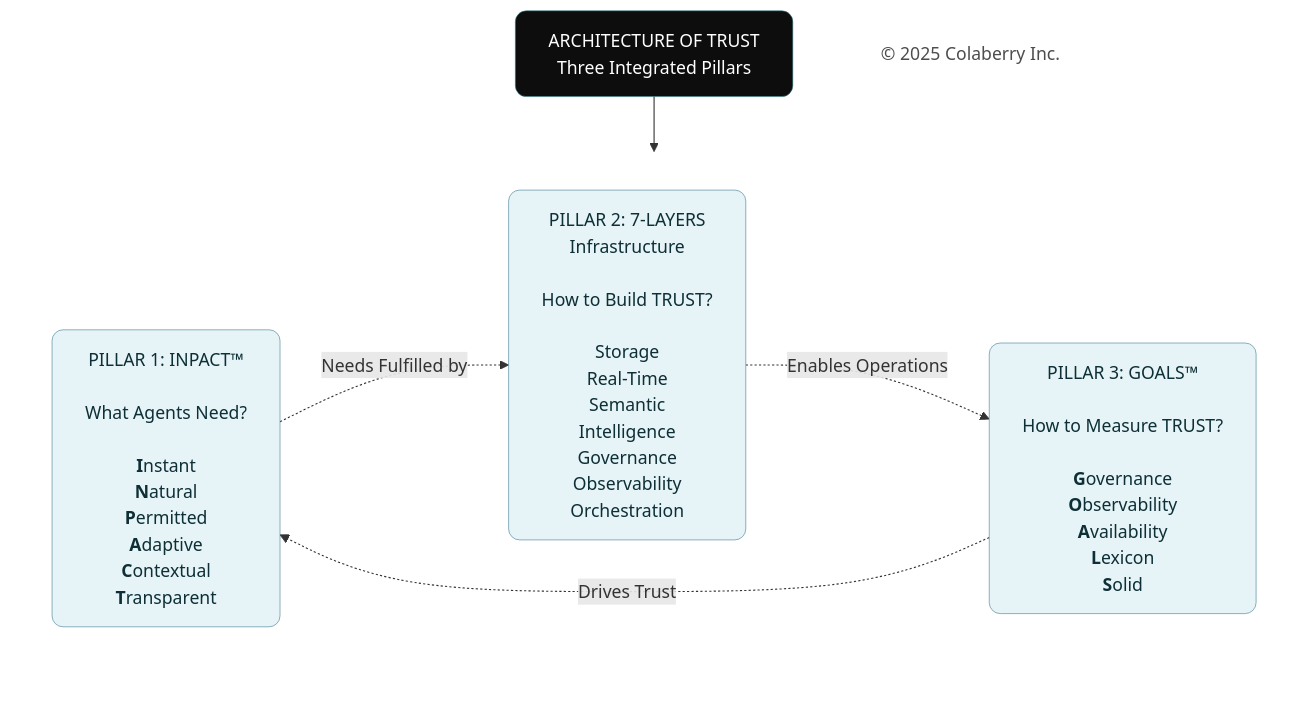
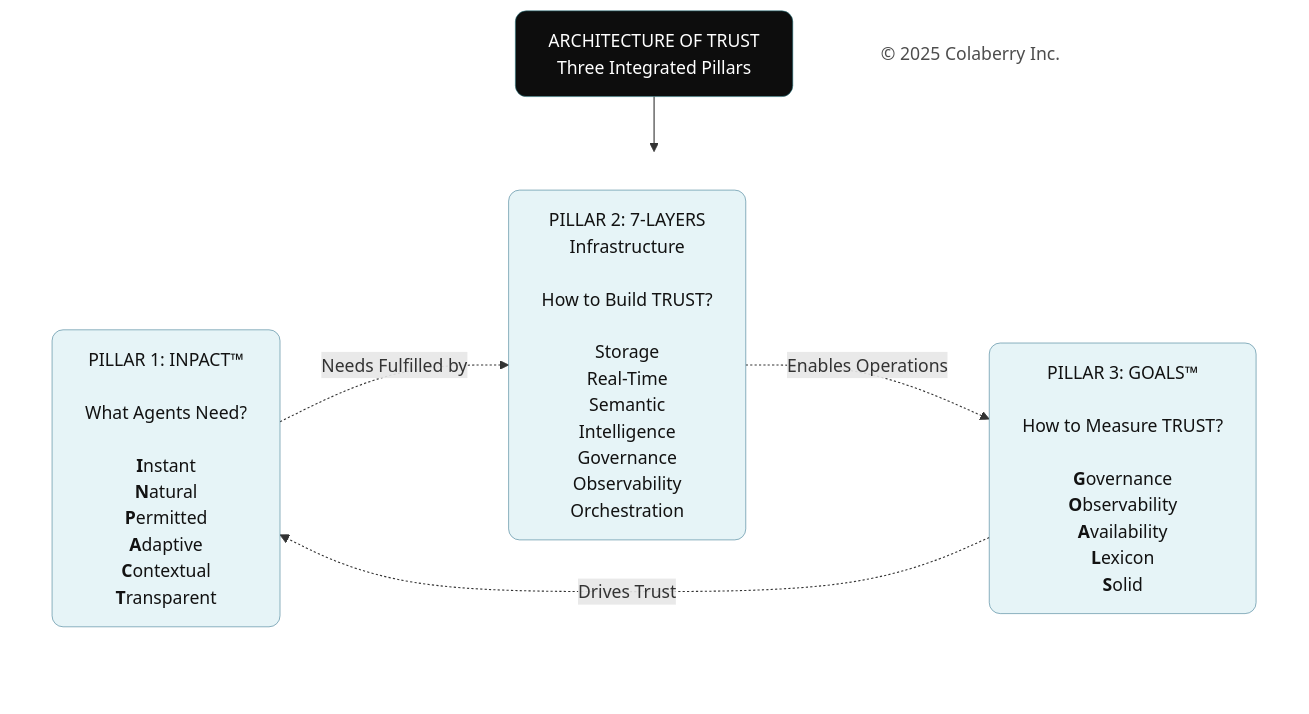
Before and after one commit to saitejesh-cyber/trust-before-intelligence-book: the fourth of 4 diagrams in manuscript/01_chapter_0_trust_before_intelligence.md, drawn with Mermaid. The commit also changed other lines of this file and 12 other files, not shown here.

````diff
--- a/manuscript/01_chapter_0_trust_before_intelligence.md
+++ b/manuscript/01_chapter_0_trust_before_intelligence.md
@@ -293,29 +293,29 @@
 ```mermaid
 graph TB
     Title["ARCHITECTURE OF TRUST<br/>Three Integrated Pillars"]
     
     subgraph PILLARS[" "]
         direction LR
         INPACT["PILLAR 1: INPACT™<br/><br/>What Agents Need?<br/><br/><b>I</b>nstant<br/><b>N</b>atural<br/><b>P</b>ermitted<br/><b>A</b>daptive<br/><b>C</b>ontextual<br/><b>T</b>ransparent"]
         
         Layers["PILLAR 2: 7-LAYERS<br/>Infrastructure<br/><br/>How to Build TRUST?<br/><br/>Storage<br/>Real-Time<br/>Semantic<br/>Intelligence<br/>Governance<br/>Observability<br/>Orchestration"]
         
         GOALS["PILLAR 3: GOALS™<br/><br/>How to Measure TRUST?<br/><br/><b>G</b>overnance<br/><b>O</b>bservability<br/><b>A</b>vailability<br/><b>L</b>exicon<br/><b>S</b>olid"]
     end
     
     Copyright["© 2025 Colaberry Inc."]
     
     Title --> PILLARS
     
     INPACT -.->|"Needs Fulfilled by"| Layers
     Layers -.->|"Enables Operations"| GOALS
     GOALS -.->|"Drives Trust"| INPACT
     
     style Title fill:#0D0D0D,color:#FFFFFF,stroke:#30838C,stroke-width:0.5px,rx:10,ry:10
     style PILLARS fill:none,stroke:none
-    style INPACT fill:#E6F4F7,color:#0D2F35,stroke:#32738C,stroke-width:0.5px,rx:10,ry:10
-    style Layers fill:#E6F4F7,color:#0D2F35,stroke:#32738C,stroke-width:0.5px,rx:10,ry:10
-    style GOALS fill:#E6F4F7,color:#0D2F35,stroke:#32738C,stroke-width:0.5px,rx:10,ry:10
+    style INPACT fill:#E6F4F7,color:#121212,stroke:#32738C,stroke-width:0.5px,rx:10,ry:10
+    style Layers fill:#E6F4F7,color:#121212,stroke:#32738C,stroke-width:0.5px,rx:10,ry:10
+    style GOALS fill:#E6F4F7,color:#121212,stroke:#32738C,stroke-width:0.5px,rx:10,ry:10
     style Copyright fill:none,stroke:none,color:#4D4D4D
 
 ```
````
